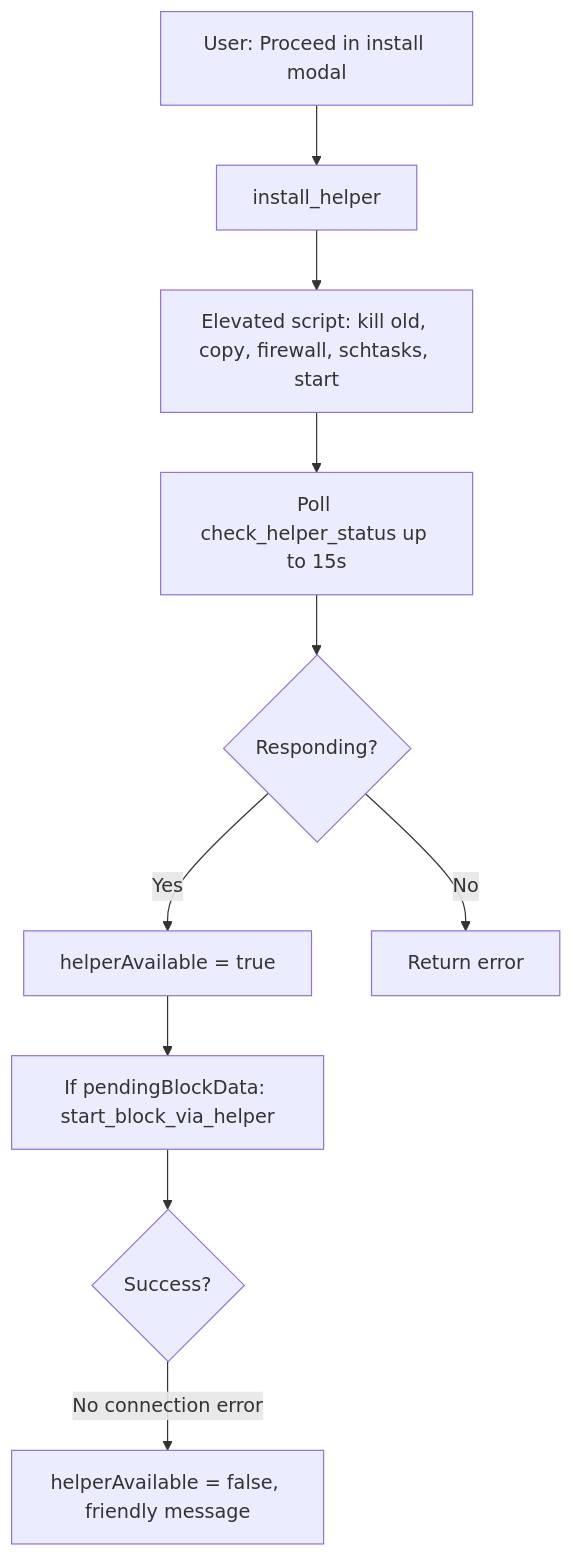
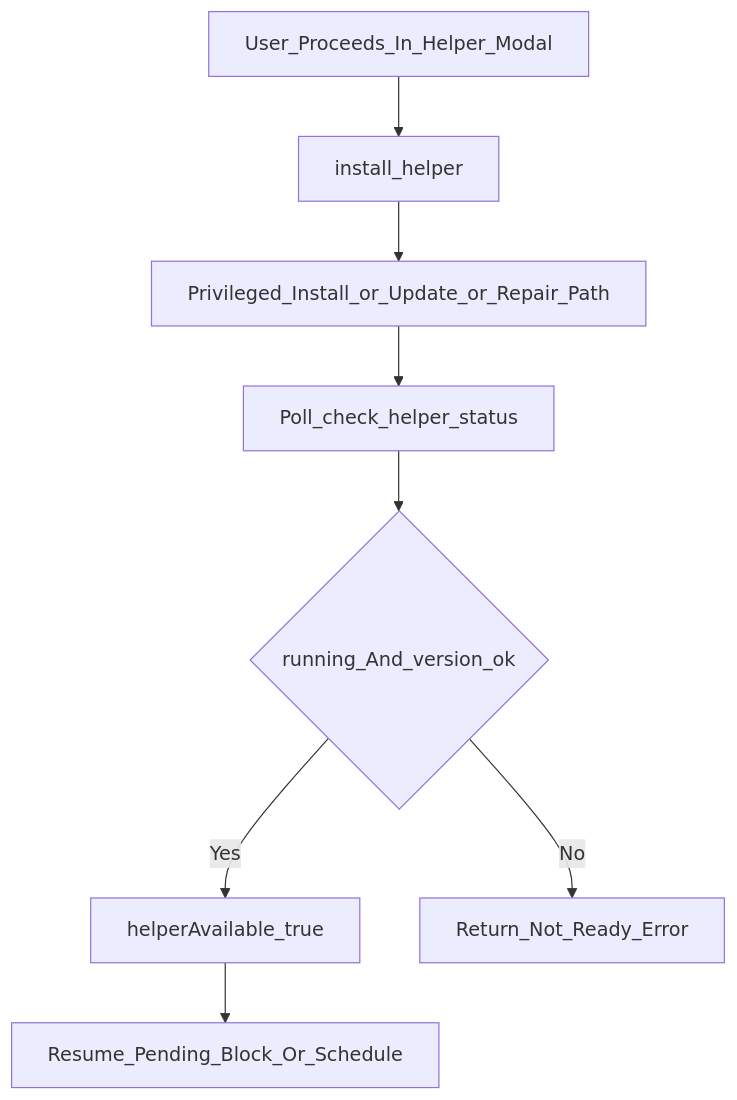
The tenth of 13 diagrams in architecture.md (kasnder/redd-block), drawn with Mermaid before and after one commit. The commit also changed other lines of this file, not shown here.

````diff
--- a/architecture.md
+++ b/architecture.md
@@ -530,12 +656,10 @@
 ```mermaid
 flowchart TD
-    A[User: Proceed in install modal] --> B[install_helper]
-    B --> C[Elevated script: kill old, copy, firewall, schtasks, start]
-    C --> D[Poll check_helper_status up to 15s]
-    D --> E{Responding?}
-    E -->|Yes| F[helperAvailable = true]
-    E -->|No| G[Return error]
-    F --> H[If pendingBlockData: start_block_via_helper]
-    H --> I{Success?}
-    I -->|No connection error| J[helperAvailable = false, friendly message]
+    A[User_Proceeds_In_Helper_Modal] --> B[install_helper]
+    B --> C[Privileged_Install_or_Update_or_Repair_Path]
+    C --> D[Poll_check_helper_status]
+    D --> E{running_And_version_ok}
+    E -->|Yes| F[helperAvailable_true]
+    E -->|No| G[Return_Not_Ready_Error]
+    F --> H[Resume_Pending_Block_Or_Schedule]
 ```
````
